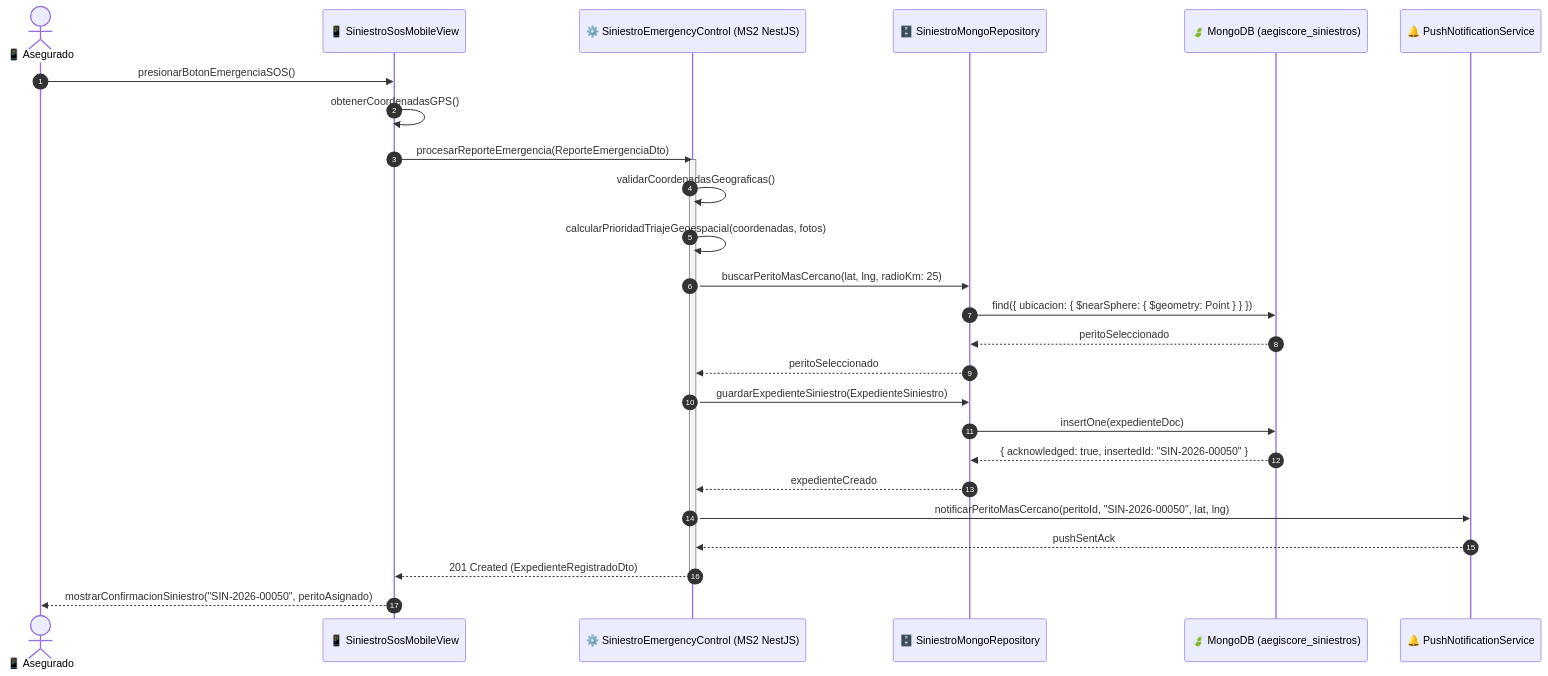
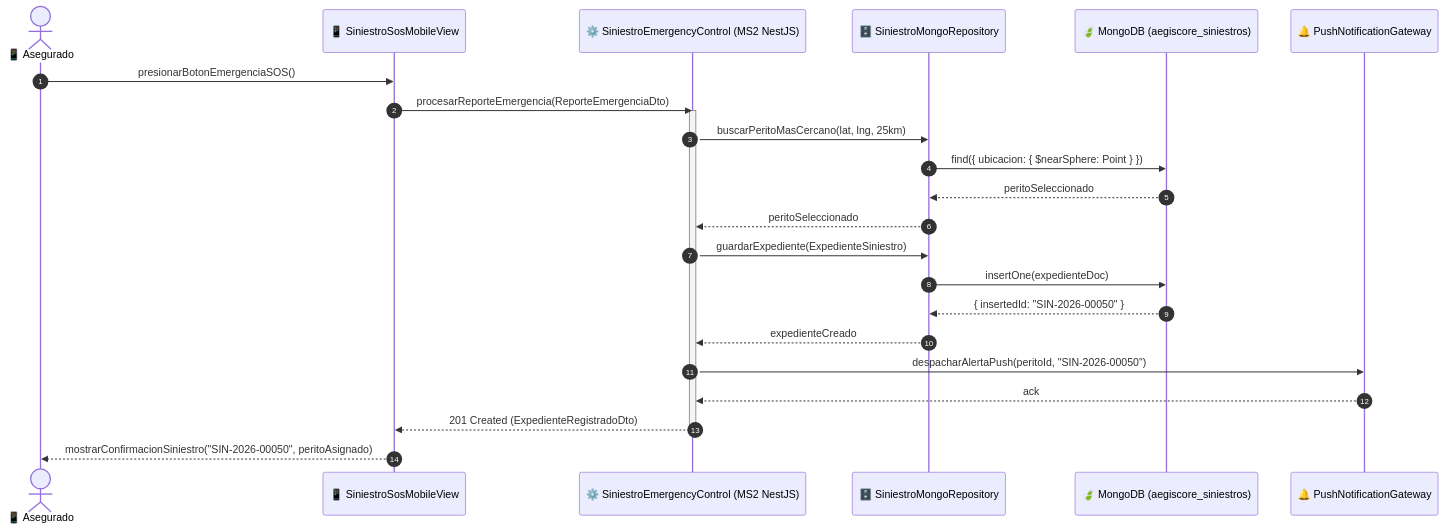
One commit to DiegoxdGarcia2/2doParcialSW2 changed the ninth of 15 diagrams in docs/opcion_B_documentacion.md. Above: the diagram before and after it, drawn with Mermaid. The commit also changed other lines of this file and 10 other files, not shown here.

Commit message:
docs: actualizar documentacion formal segun guias GuiaDocIconix y agregar panel de navegacion con 14 diagramas en archivo .qea

````diff
--- a/docs/opcion_B_documentacion.md
+++ b/docs/opcion_B_documentacion.md
@@ -504,32 +643,27 @@
 ```mermaid
 sequenceDiagram
     autonumber
     actor CLI as 📱 Asegurado
     participant BND as 📱 SiniestroSosMobileView
     participant CTRL as ⚙️ SiniestroEmergencyControl (MS2 NestJS)
     participant REPO as 🗄️ SiniestroMongoRepository
     participant DB as 🍃 MongoDB (aegiscore_siniestros)
-    participant FCM as 🔔 PushNotificationService
+    participant FCM as 🔔 PushNotificationGateway
 
     CLI->>BND: presionarBotonEmergenciaSOS()
-    BND->>BND: obtenerCoordenadasGPS()
     BND->>CTRL: procesarReporteEmergencia(ReporteEmergenciaDto)
     activate CTRL
-    CTRL->>CTRL: validarCoordenadasGeograficas()
-    CTRL->>CTRL: calcularPrioridadTriajeGeoespacial(coordenadas, fotos)
-    CTRL->>REPO: buscarPeritoMasCercano(lat, lng, radioKm: 25)
-    REPO->>DB: find({ ubicacion: { $nearSphere: { $geometry: Point } } })
+    CTRL->>REPO: buscarPeritoMasCercano(lat, lng, 25km)
+    REPO->>DB: find({ ubicacion: { $nearSphere: Point } })
     DB-->>REPO: peritoSeleccionado
     REPO-->>CTRL: peritoSeleccionado
-
-    CTRL->>REPO: guardarExpedienteSiniestro(ExpedienteSiniestro)
+    CTRL->>REPO: guardarExpediente(ExpedienteSiniestro)
     REPO->>DB: insertOne(expedienteDoc)
-    DB-->>REPO: { acknowledged: true, insertedId: "SIN-2026-00050" }
+    DB-->>REPO: { insertedId: "SIN-2026-00050" }
     REPO-->>CTRL: expedienteCreado
-
-    CTRL->>FCM: notificarPeritoMasCercano(peritoId, "SIN-2026-00050", lat, lng)
-    FCM-->>CTRL: pushSentAck
+    CTRL->>FCM: despacharAlertaPush(peritoId, "SIN-2026-00050")
+    FCM-->>CTRL: ack
     CTRL-->>BND: 201 Created (ExpedienteRegistradoDto)
     deactivate CTRL
     BND-->>CLI: mostrarConfirmacionSiniestro("SIN-2026-00050", peritoAsignado)
 ```
````
